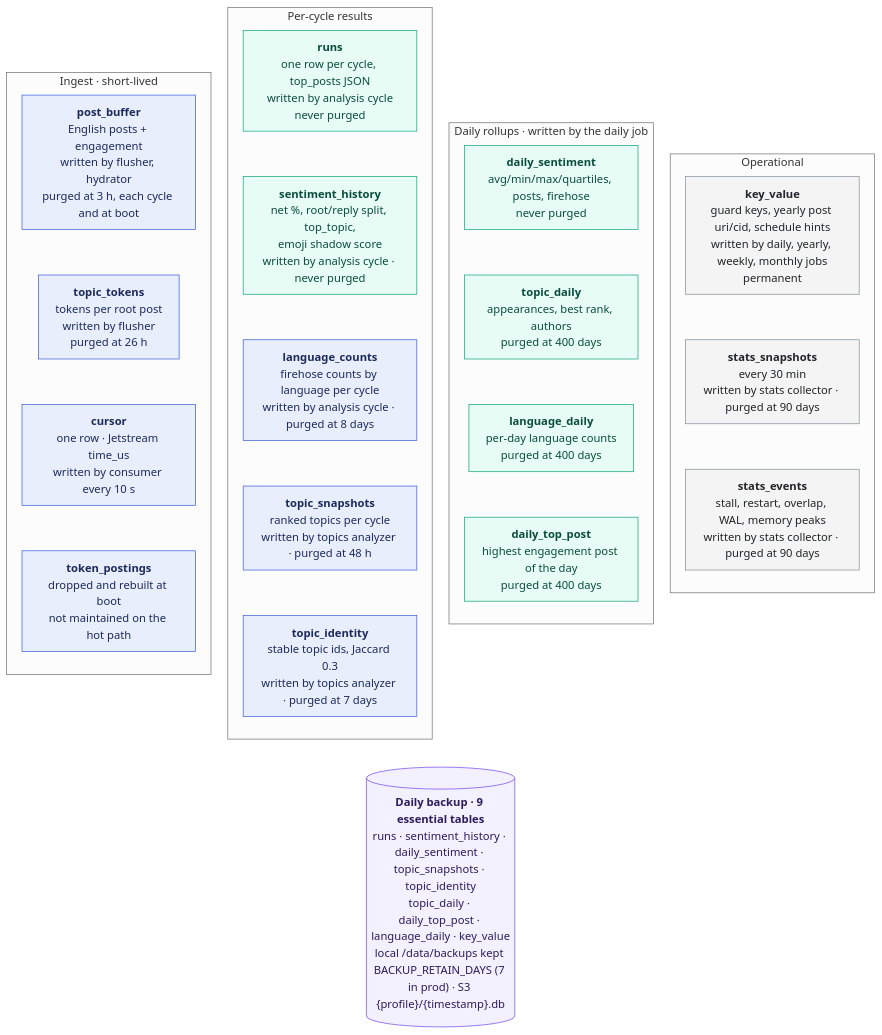
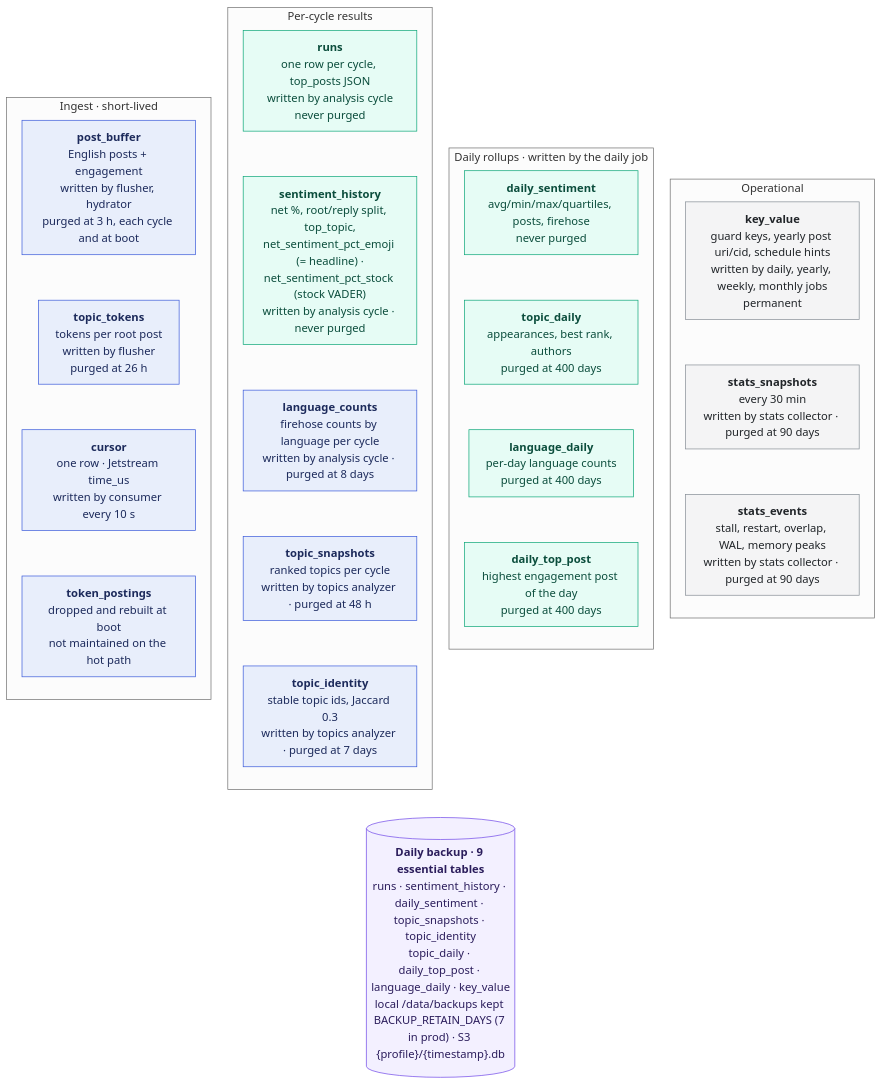
One commit to brainsnorkel/hourstats-bsky changed the diagram in docs/architecture/03-static-data.mmd. Above: the diagram before and after it, drawn with Mermaid. The commit also changed 20 other files, not shown here.

```diff
--- a/docs/architecture/03-static-data.mmd
+++ b/docs/architecture/03-static-data.mmd
@@ -1,57 +1,57 @@
 %%{init: {"theme":"neutral","flowchart":{"curve":"linear","nodeSpacing":24,"rankSpacing":40,"padding":12}}}%%
 flowchart TB
   %% Static data view: every table, who writes it, and how long rows live.
   %% Retention is enforced by explicit purge calls; the ttl columns are not enforced.
   %% Blue: ingest and per-cycle rows, purged. Green: kept for reports. Grey: operational.
 
   subgraph ingest["Ingest · short-lived"]
     direction TB
     post_buffer["<b>post_buffer</b><br/>English posts + engagement<br/>written by flusher, hydrator<br/>purged at 3 h, each cycle and at boot"]
     topic_tokens["<b>topic_tokens</b><br/>tokens per root post<br/>written by flusher<br/>purged at 26 h"]
     cursor["<b>cursor</b><br/>one row · Jetstream time_us<br/>written by consumer every 10 s"]
     token_postings["<b>token_postings</b><br/>dropped and rebuilt at boot<br/>not maintained on the hot path"]
     post_buffer ~~~ topic_tokens ~~~ cursor ~~~ token_postings
   end
 
   subgraph percycle["Per-cycle results"]
     direction TB
     runs["<b>runs</b><br/>one row per cycle, top_posts JSON<br/>written by analysis cycle<br/>never purged"]
-    sentiment_history["<b>sentiment_history</b><br/>net %, root/reply split, top_topic,<br/>emoji shadow score<br/>written by analysis cycle · never purged"]
+    sentiment_history["<b>sentiment_history</b><br/>net %, root/reply split, top_topic,<br/>net_sentiment_pct_emoji (= headline) ·<br/>net_sentiment_pct_stock (stock VADER)<br/>written by analysis cycle · never purged"]
     language_counts["<b>language_counts</b><br/>firehose counts by language per cycle<br/>written by analysis cycle · purged at 8 days"]
     topic_snapshots["<b>topic_snapshots</b><br/>ranked topics per cycle<br/>written by topics analyzer · purged at 48 h"]
     topic_identity["<b>topic_identity</b><br/>stable topic ids, Jaccard 0.3<br/>written by topics analyzer · purged at 7 days"]
     runs ~~~ sentiment_history ~~~ language_counts ~~~ topic_snapshots ~~~ topic_identity
   end
 
   subgraph rollups["Daily rollups · written by the daily job"]
     direction TB
     daily_sentiment["<b>daily_sentiment</b><br/>avg/min/max/quartiles, posts, firehose<br/>never purged"]
     topic_daily["<b>topic_daily</b><br/>appearances, best rank, authors<br/>purged at 400 days"]
     language_daily["<b>language_daily</b><br/>per-day language counts<br/>purged at 400 days"]
     daily_top_post["<b>daily_top_post</b><br/>highest engagement post of the day<br/>purged at 400 days"]
     daily_sentiment ~~~ topic_daily ~~~ language_daily ~~~ daily_top_post
   end
 
   subgraph ops["Operational"]
     direction TB
     key_value["<b>key_value</b><br/>guard keys, yearly post uri/cid, schedule hints<br/>written by daily, yearly, weekly, monthly jobs<br/>permanent"]
     stats_snapshots["<b>stats_snapshots</b><br/>every 30 min<br/>written by stats collector · purged at 90 days"]
     stats_events["<b>stats_events</b><br/>stall, restart, overlap, WAL, memory peaks<br/>written by stats collector · purged at 90 days"]
     key_value ~~~ stats_snapshots ~~~ stats_events
   end
 
   backup[("<b>Daily backup · 9 essential tables</b><br/>runs · sentiment_history · daily_sentiment · topic_snapshots · topic_identity<br/>topic_daily · daily_top_post · language_daily · key_value<br/>local /data/backups kept BACKUP_RETAIN_DAYS (7 in prod) · S3 {profile}/{timestamp}.db")]
 
   ingest ~~~ backup
   percycle ~~~ backup
   rollups ~~~ backup
   ops ~~~ backup
 
   classDef short fill:#e8eefb,stroke:#3b5bdb,color:#1c2a5b
   classDef keep fill:#e6fcf5,stroke:#0ca678,color:#0b4d3c
   classDef opsc fill:#f4f4f5,stroke:#868e96,color:#212529
   classDef bk fill:#f3f0ff,stroke:#7048e8,color:#2b1d5c
   class post_buffer,cursor,topic_tokens,token_postings,language_counts,topic_snapshots,topic_identity short
   class runs,sentiment_history,daily_sentiment,topic_daily,language_daily,daily_top_post keep
   class key_value,stats_snapshots,stats_events opsc
   class backup bk
```
